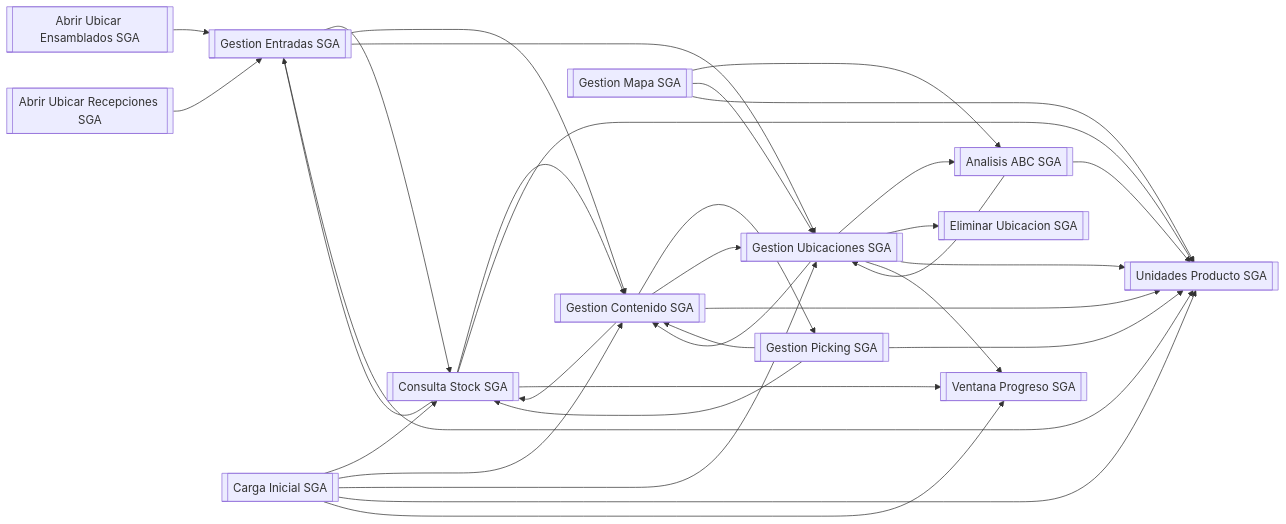
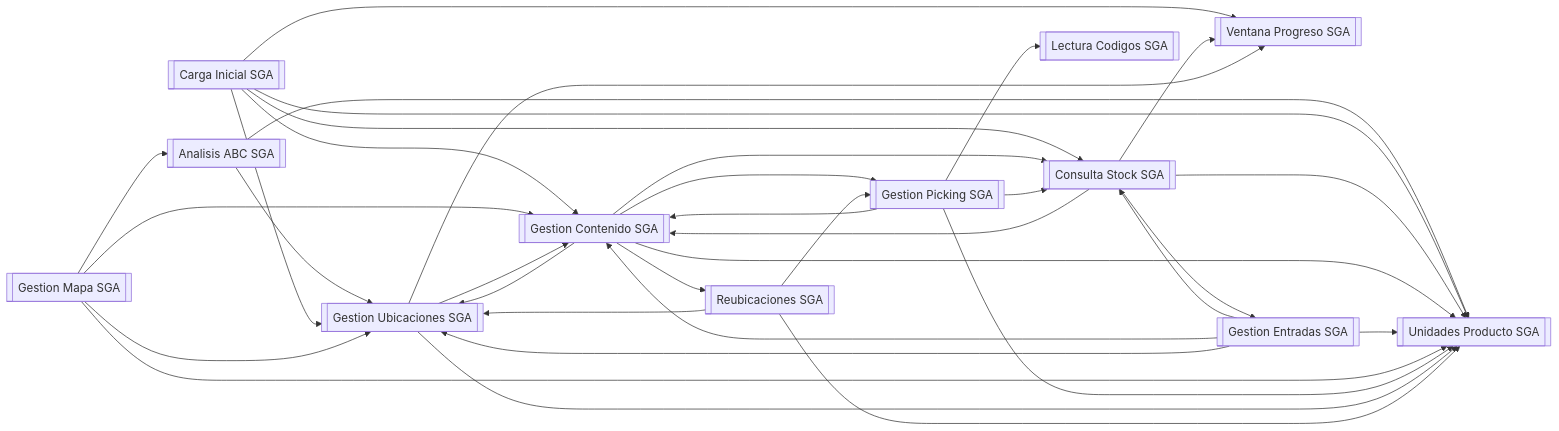
One commit to fran-dev73/SGA-BC changed the diagram in Otros/MAPA_LLAMADAS.md. Above: the diagram before and after it, drawn with Mermaid. The commit also changed other lines of this file and 72 other files, not shown here.

````diff
--- a/Otros/MAPA_LLAMADAS.md
+++ b/Otros/MAPA_LLAMADAS.md
@@ -13,48 +11,49 @@
 ```mermaid
 flowchart LR
-    n1[["Abrir Ubicar Ensamblados SGA"]]
-    n8[["Gestion Entradas SGA"]]
-    n2[["Abrir Ubicar Recepciones SGA"]]
-    n3[["Analisis ABC SGA"]]
-    n11[["Gestion Ubicaciones SGA"]]
-    n12[["Unidades Producto SGA"]]
-    n4[["Carga Inicial SGA"]]
-    n5[["Consulta Stock SGA"]]
-    n7[["Gestion Contenido SGA"]]
-    n13[["Ventana Progreso SGA"]]
-    n10[["Gestion Picking SGA"]]
-    n9[["Gestion Mapa SGA"]]
-    n6[["Eliminar Ubicacion SGA"]]
+    n1[["Analisis ABC SGA"]]
+    n8[["Gestion Ubicaciones SGA"]]
+    n11[["Unidades Producto SGA"]]
+    n2[["Carga Inicial SGA"]]
+    n3[["Consulta Stock SGA"]]
+    n4[["Gestion Contenido SGA"]]
+    n12[["Ventana Progreso SGA"]]
+    n5[["Gestion Entradas SGA"]]
+    n7[["Gestion Picking SGA"]]
+    n10[["Reubicaciones SGA"]]
+    n6[["Gestion Mapa SGA"]]
+    n9[["Lectura Codigos SGA"]]
     n1 --> n8
+    n1 --> n11
+    n2 --> n3
+    n2 --> n4
     n2 --> n8
+    n2 --> n11
+    n2 --> n12
+    n3 --> n4
+    n3 --> n5
     n3 --> n11
     n3 --> n12
-    n4 --> n5
+    n4 --> n3
     n4 --> n7
+    n4 --> n8
+    n4 --> n10
     n4 --> n11
-    n4 --> n12
-    n4 --> n13
-    n5 --> n7
+    n5 --> n3
+    n5 --> n4
     n5 --> n8
-    n5 --> n12
-    n5 --> n13
-    n7 --> n5
-    n7 --> n10
+    n5 --> n11
+    n6 --> n1
+    n6 --> n4
+    n6 --> n8
+    n6 --> n11
+    n7 --> n3
+    n7 --> n4
+    n7 --> n9
     n7 --> n11
-    n7 --> n12
-    n8 --> n5
-    n8 --> n7
+    n8 --> n4
     n8 --> n11
     n8 --> n12
-    n9 --> n3
-    n9 --> n11
-    n9 --> n12
-    n10 --> n5
     n10 --> n7
-    n10 --> n12
-    n11 --> n3
-    n11 --> n6
-    n11 --> n7
-    n11 --> n12
-    n11 --> n13
+    n10 --> n8
+    n10 --> n11
 ```
````
